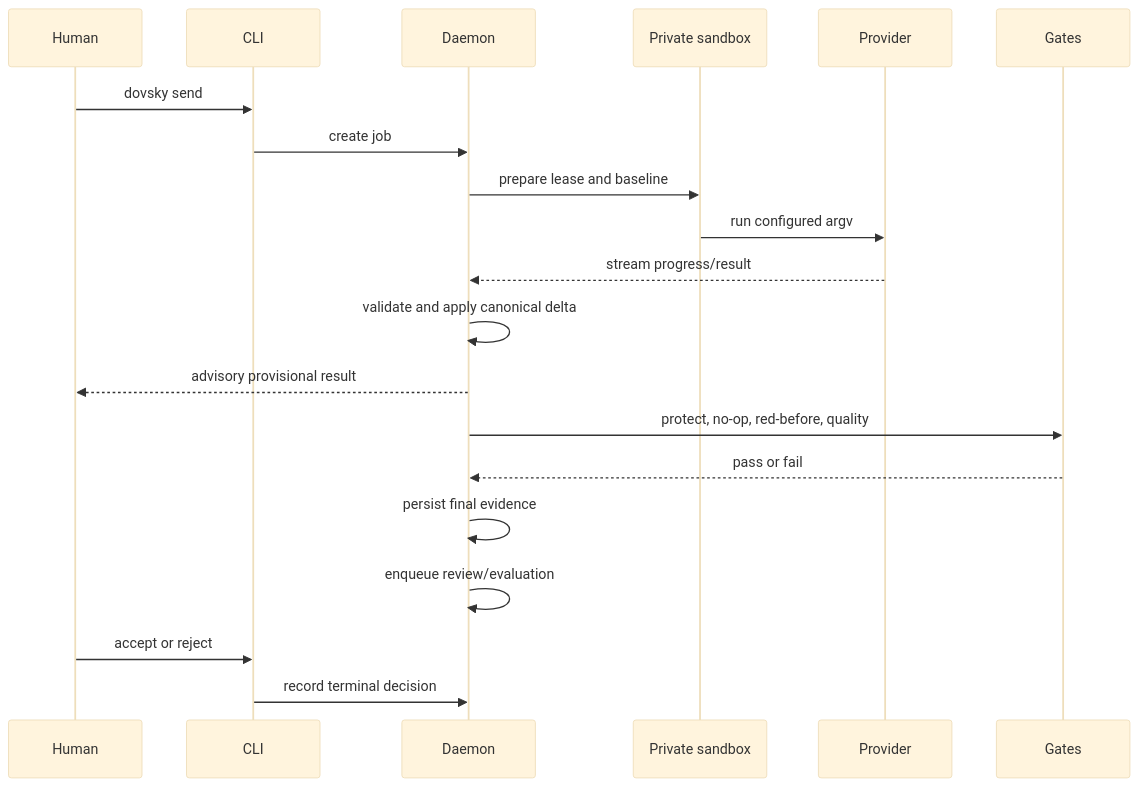
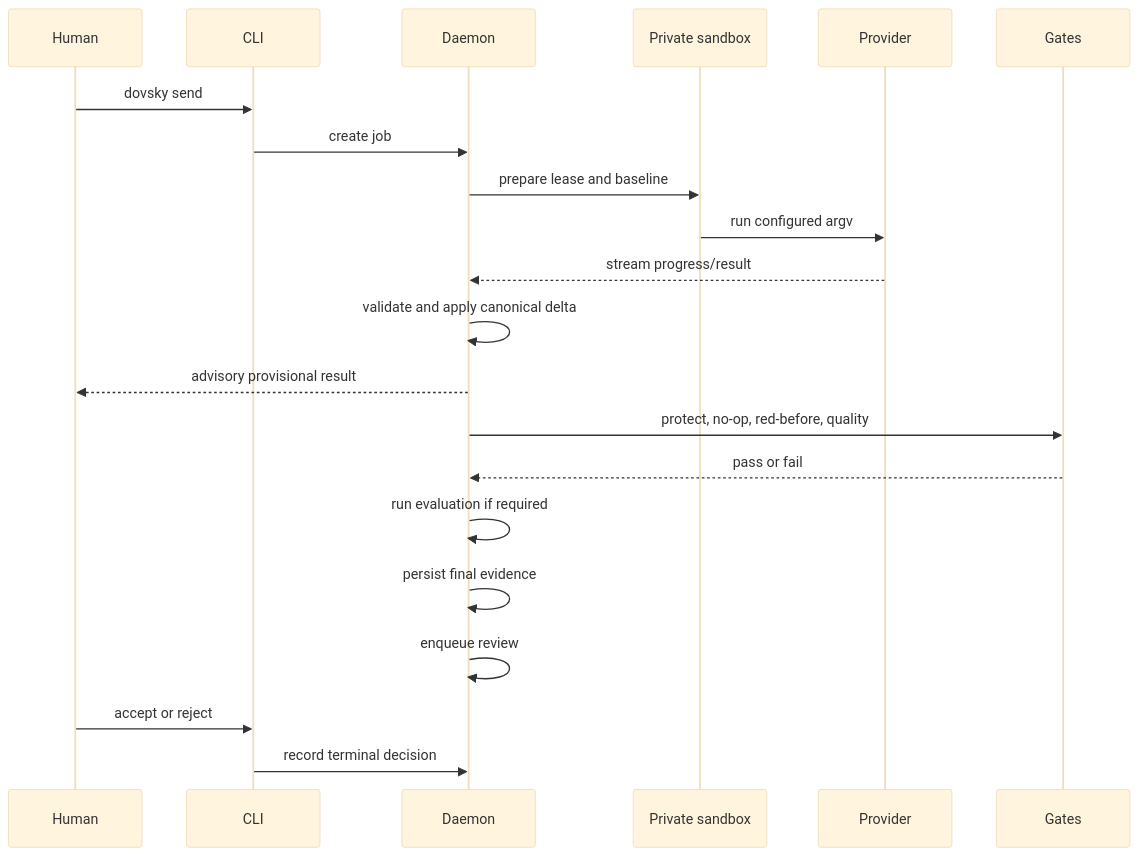
Before and after one commit to quant-dhawan/dovsky: the second of 2 diagrams in README.md, drawn with Mermaid (base theme).

Commit message:
docs: correct evaluation sequence

````diff
--- a/README.md
+++ b/README.md
@@ -125,22 +125,23 @@
 ```mermaid
 sequenceDiagram
   participant H as Human
   participant C as CLI
   participant D as Daemon
   participant S as Private sandbox
   participant P as Provider
   participant G as Gates
   H->>C: dovsky send
   C->>D: create job
   D->>S: prepare lease and baseline
   S->>P: run configured argv
   P-->>D: stream progress/result
   D->>D: validate and apply canonical delta
   D-->>H: advisory provisional result
   D->>G: protect, no-op, red-before, quality
   G-->>D: pass or fail
+  D->>D: run evaluation if required
   D->>D: persist final evidence
-  D->>D: enqueue review/evaluation
+  D->>D: enqueue review
   H->>C: accept or reject
   C->>D: record terminal decision
 ```
````
